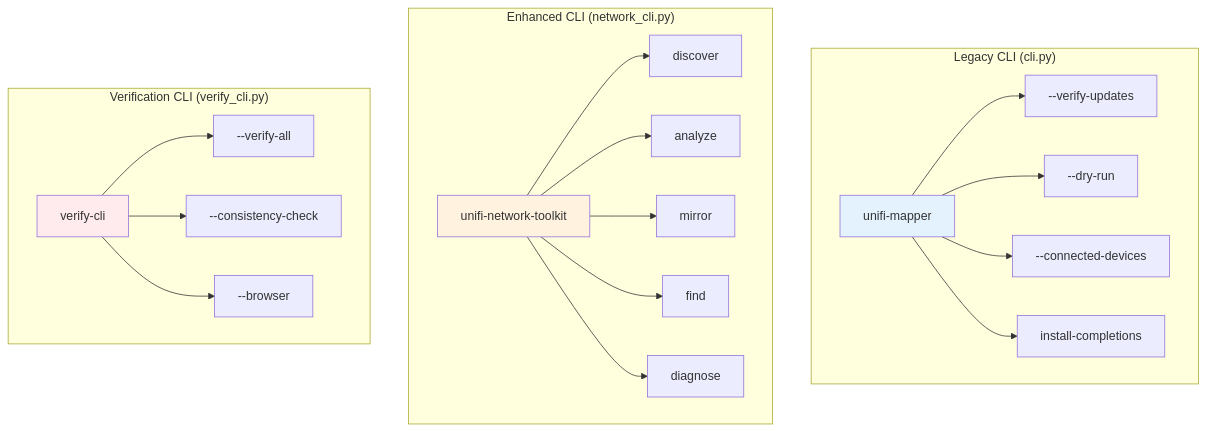
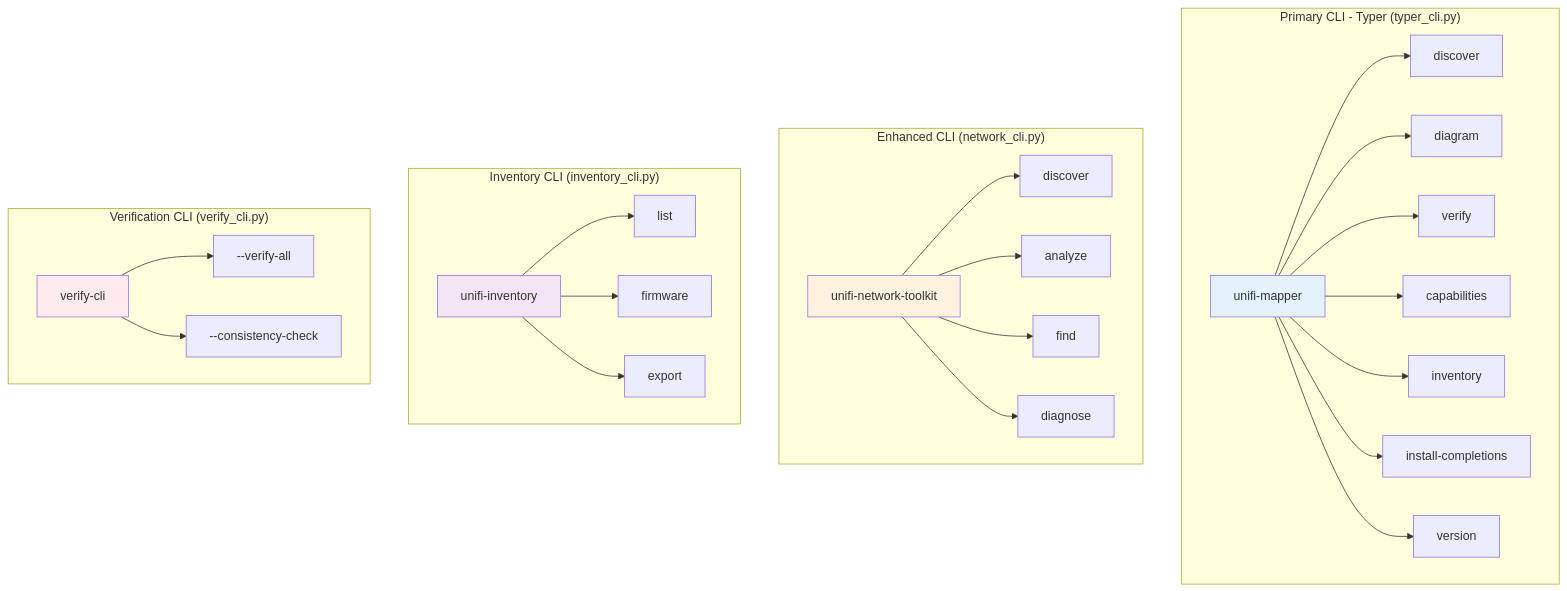
One commit to NetDevAutomate/unifi_management_cli changed diagram 14 of 29 in docs/architecture-and-codemap.md. Above: the diagram before and after it, drawn with Mermaid. The commit also changed other lines of this file and 6 other files, not shown here.

First line of the commit message:
feat: Enhance network topology diagrams with ISP detection and uniform nodes

````diff
--- a/docs/architecture-and-codemap.md
+++ b/docs/architecture-and-codemap.md
@@ -582,30 +593,39 @@
 ```mermaid
 graph TB
-    subgraph "Legacy CLI (cli.py)"
+    subgraph "Primary CLI - Typer (typer_cli.py)"
         A[unifi-mapper]
-        A --> A1[--verify-updates]
-        A --> A2[--dry-run]
-        A --> A3[--connected-devices]
-        A --> A4[install-completions]
+        A --> A1[discover]
+        A --> A2[diagram]
+        A --> A3[verify]
+        A --> A4[capabilities]
+        A --> A5[inventory]
+        A --> A6[install-completions]
+        A --> A7[version]
     end
 
     subgraph "Enhanced CLI (network_cli.py)"
         B[unifi-network-toolkit]
         B --> B1[discover]
         B --> B2[analyze]
-        B --> B3[mirror]
-        B --> B4[find]
-        B --> B5[diagnose]
+        B --> B3[find]
+        B --> B4[diagnose]
+    end
+
+    subgraph "Inventory CLI (inventory_cli.py)"
+        C[unifi-inventory]
+        C --> C1[list]
+        C --> C2[firmware]
+        C --> C3[export]
     end
 
     subgraph "Verification CLI (verify_cli.py)"
-        C[verify-cli]
-        C --> C1[--verify-all]
-        C --> C2[--consistency-check]
-        C --> C3[--browser]
+        D[verify-cli]
+        D --> D1[--verify-all]
+        D --> D2[--consistency-check]
     end
 
     style A fill:#e3f2fd
     style B fill:#fff3e0
-    style C fill:#ffebee
+    style C fill:#f3e5f5
+    style D fill:#ffebee
 ```
````
